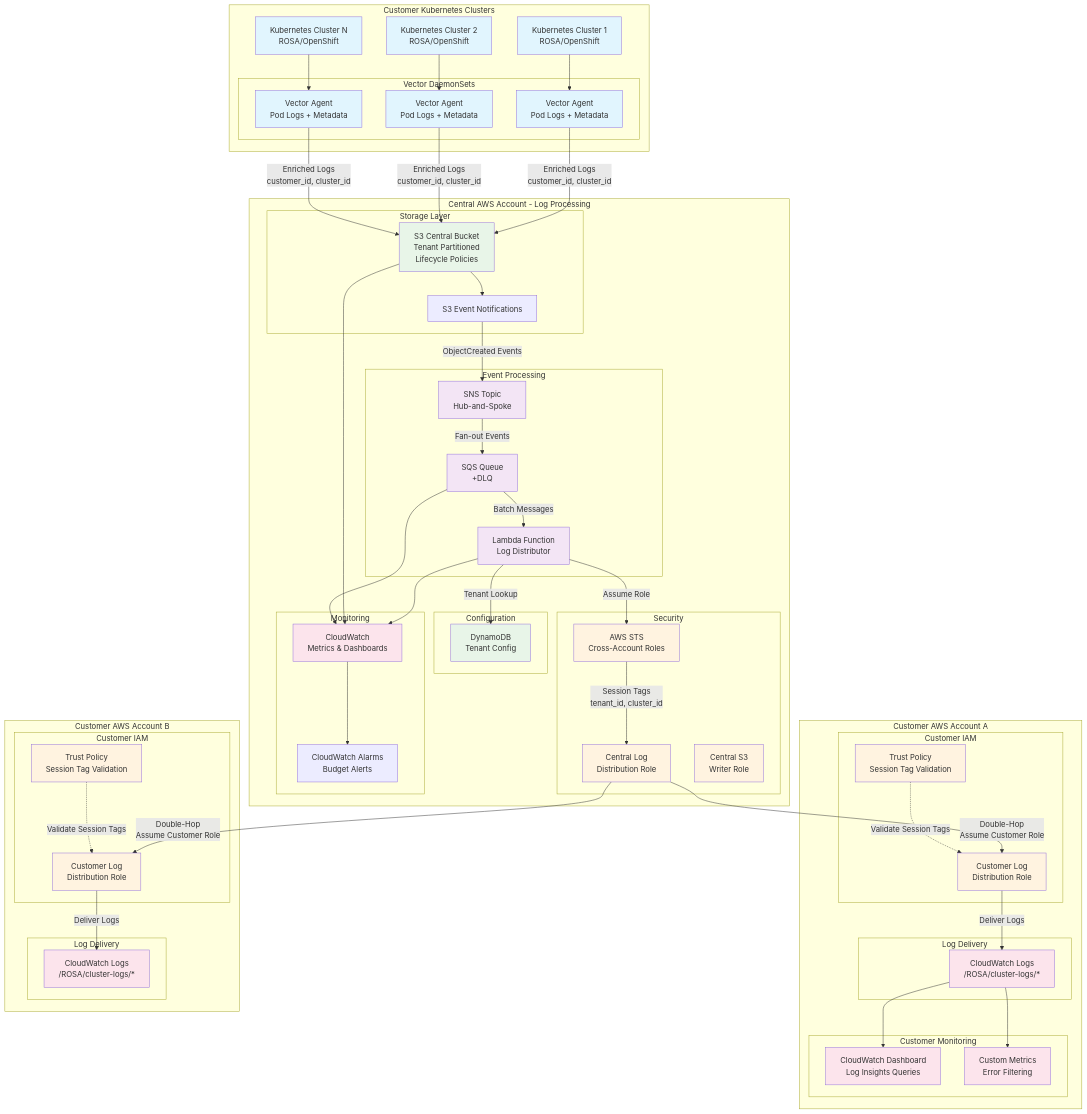
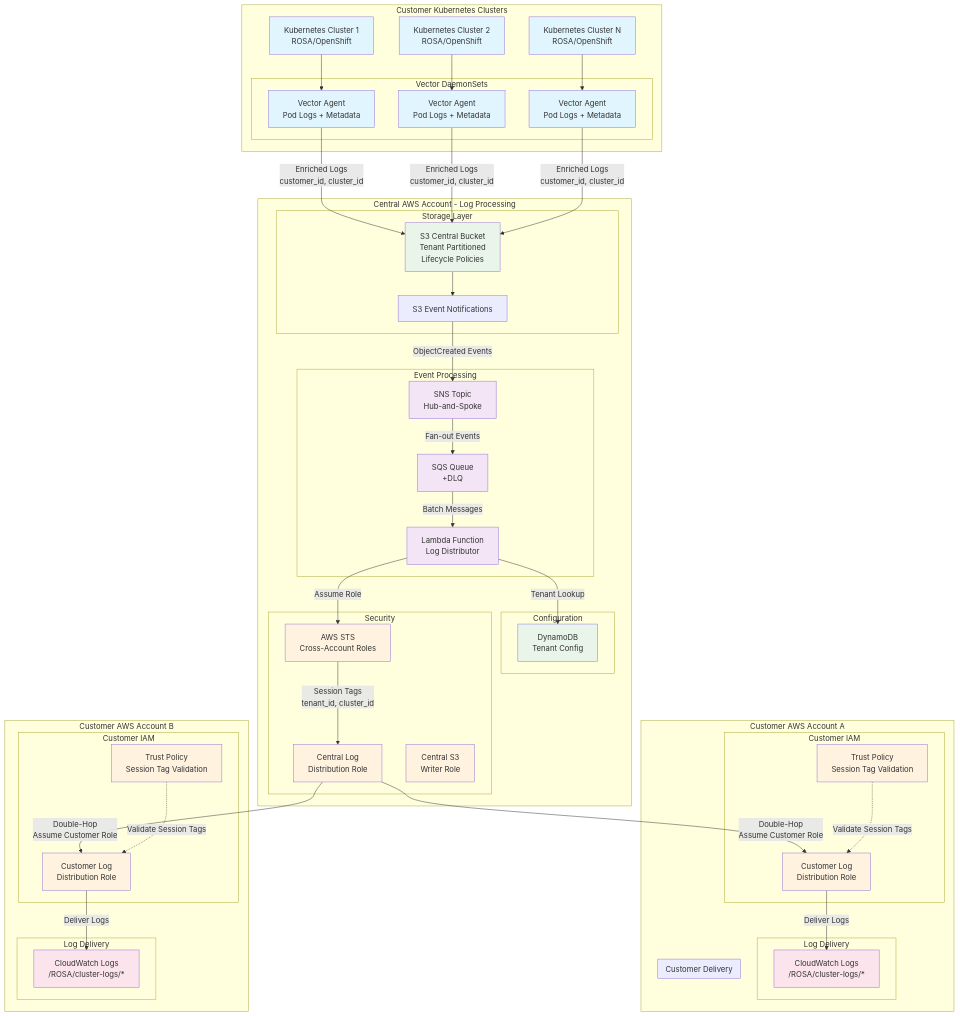
Before and after one commit to openshift-online/rosa-log-router: the diagram in docs/README.md, drawn with Mermaid. The commit also changed other lines of this file and 3 other files, not shown here.

First line of the commit message:
Update documentation: Vector role assumption and remove CloudWatch monitoring references

````diff
--- a/docs/README.md
+++ b/docs/README.md
@@ -54,11 +54,6 @@
             CentralRole[Central Log<br/>Distribution Role]
             S3WriterRole[Central S3<br/>Writer Role]
         end
-        
-        subgraph "Monitoring"
-            CW[CloudWatch<br/>Metrics & Dashboards]
-            Alarms[CloudWatch Alarms<br/>Budget Alerts]
-        end
     end
 
     subgraph "Customer AWS Account A"
@@ -71,9 +66,8 @@
             Trust_A[Trust Policy<br/>Session Tag Validation]
         end
         
-        subgraph "Customer Monitoring"
-            Dash_A[CloudWatch Dashboard<br/>Log Insights Queries]
-            Metric_A[Custom Metrics<br/>Error Filtering]
+        subgraph "Customer Delivery"
+            CWL_A[CloudWatch Logs<br/>/ROSA/cluster-logs/*]
         end
     end
 
@@ -112,14 +106,9 @@
     Trust_A -.->|Validate Session Tags| Role_A
     Trust_B -.->|Validate Session Tags| Role_B
     
-    %% Monitoring Flows
-    Lambda --> CW
-    S3 --> CW
-    SQS --> CW
-    
-    CW --> Alarms
-    CWL_A --> Dash_A
-    CWL_A --> Metric_A
+    %% Additional Flow Notes
+    %% S3 events trigger processing pipeline
+    %% Cross-account role assumption provides security
 
     %% Styling
     classDef customer fill:#e1f5fe
@@ -132,5 +121,5 @@
     class Lambda,SQS,SNS central
     class STS,CentralRole,S3WriterRole,Role_A,Role_B,Trust_A,Trust_B security
     class S3,DDB storage
-    class CWL_A,CWL_B,CW,Dash_A,Metric_A processing
+    class CWL_A,CWL_B processing
 ```
````
